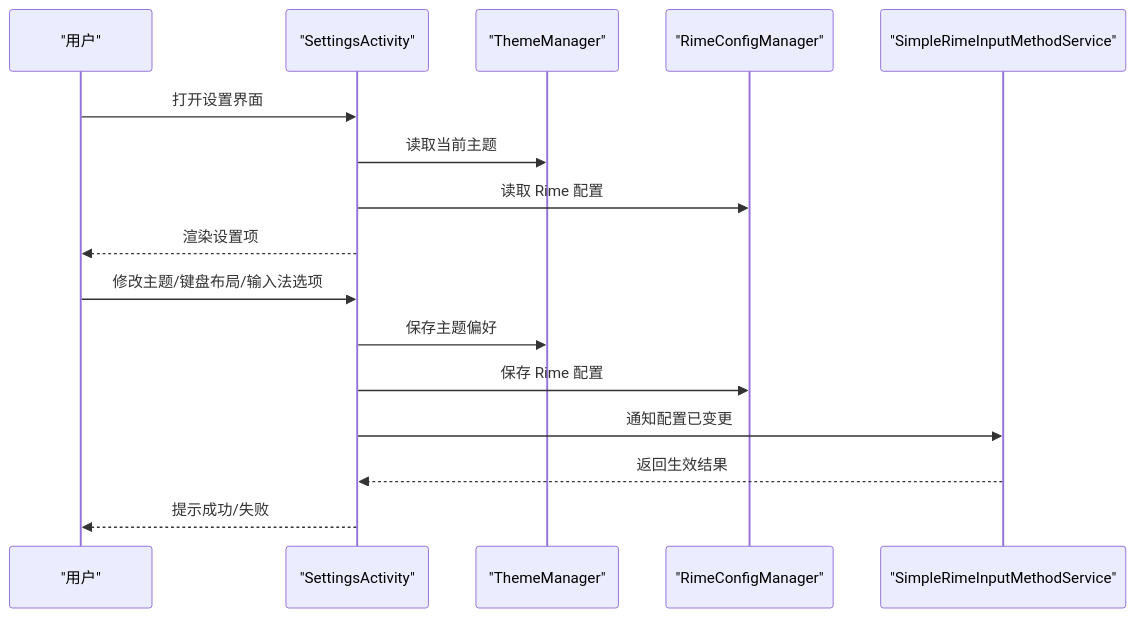
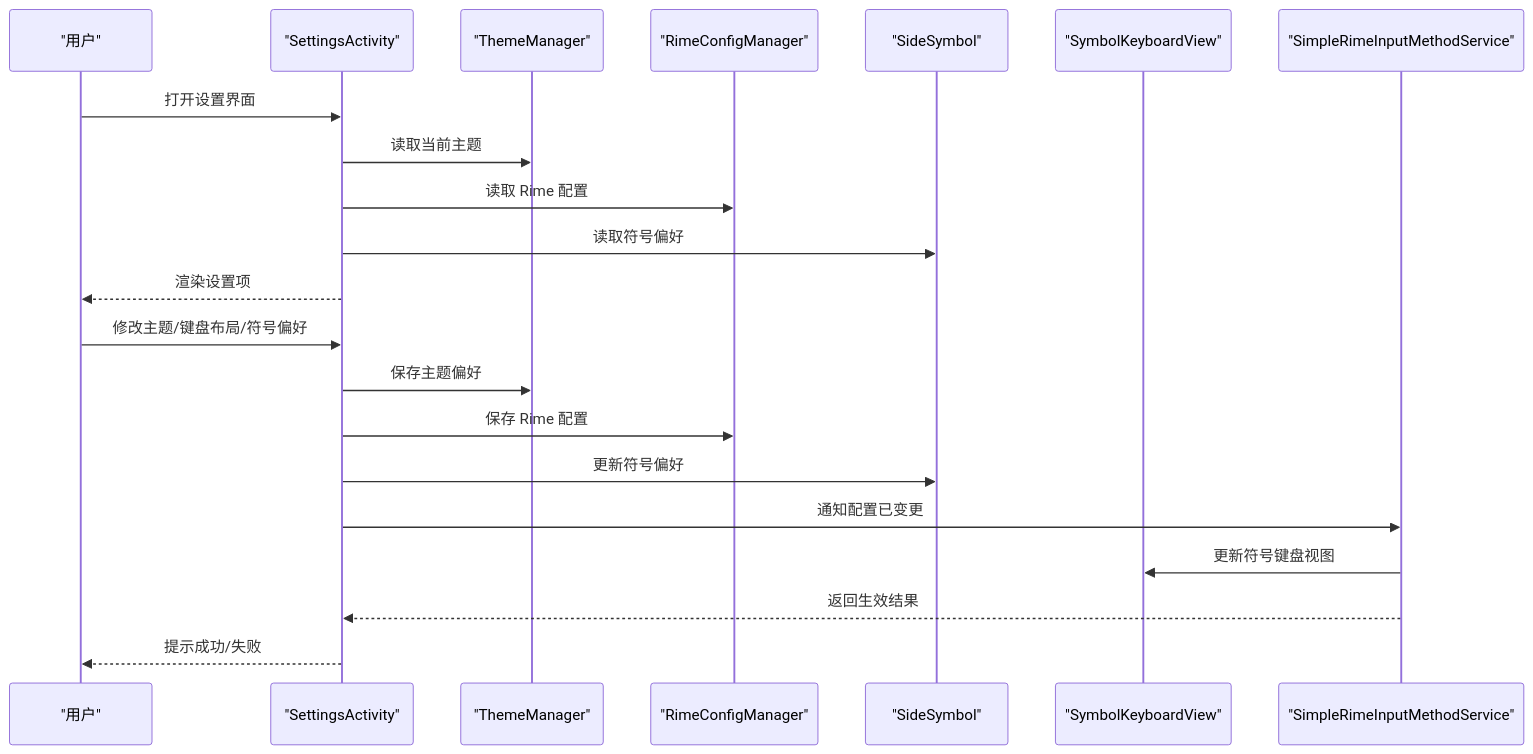
The second of 8 diagrams in .qoder/repowiki/zh/content/架构设计/分层架构设计/UI 层设计/设置界面 (SettingsActivity).md (qiaodashaoye/ziyou-ime), drawn with Mermaid before and after one commit. The commit also changed other lines of this file and 4 other files, not shown here.

Commit message:
docs(repowiki): 同步 AI 面板/图片发送/符号键盘 架构文档

````diff
--- a/.qoder/repowiki/zh/content/架构设计/分层架构设计/UI 层设计/设置界面 (SettingsActivity).md
+++ b/.qoder/repowiki/zh/content/架构设计/分层架构设计/UI 层设计/设置界面 (SettingsActivity).md
@@ -96,18 +111,23 @@
 ```mermaid
 sequenceDiagram
 participant U as "用户"
 participant S as "SettingsActivity"
 participant T as "ThemeManager"
 participant R as "RimeConfigManager"
+participant SS as "SideSymbol"
+participant SKV as "SymbolKeyboardView"
 participant I as "SimpleRimeInputMethodService"
 U->>S : 打开设置界面
 S->>T : 读取当前主题
 S->>R : 读取 Rime 配置
+S->>SS : 读取符号偏好
 S-->>U : 渲染设置项
-U->>S : 修改主题/键盘布局/输入法选项
+U->>S : 修改主题/键盘布局/符号偏好
 S->>T : 保存主题偏好
 S->>R : 保存 Rime 配置
+S->>SS : 更新符号偏好
 S->>I : 通知配置已变更
+I->>SKV : 更新符号键盘视图
 I-->>S : 返回生效结果
 S-->>U : 提示成功/失败
 ```
````
